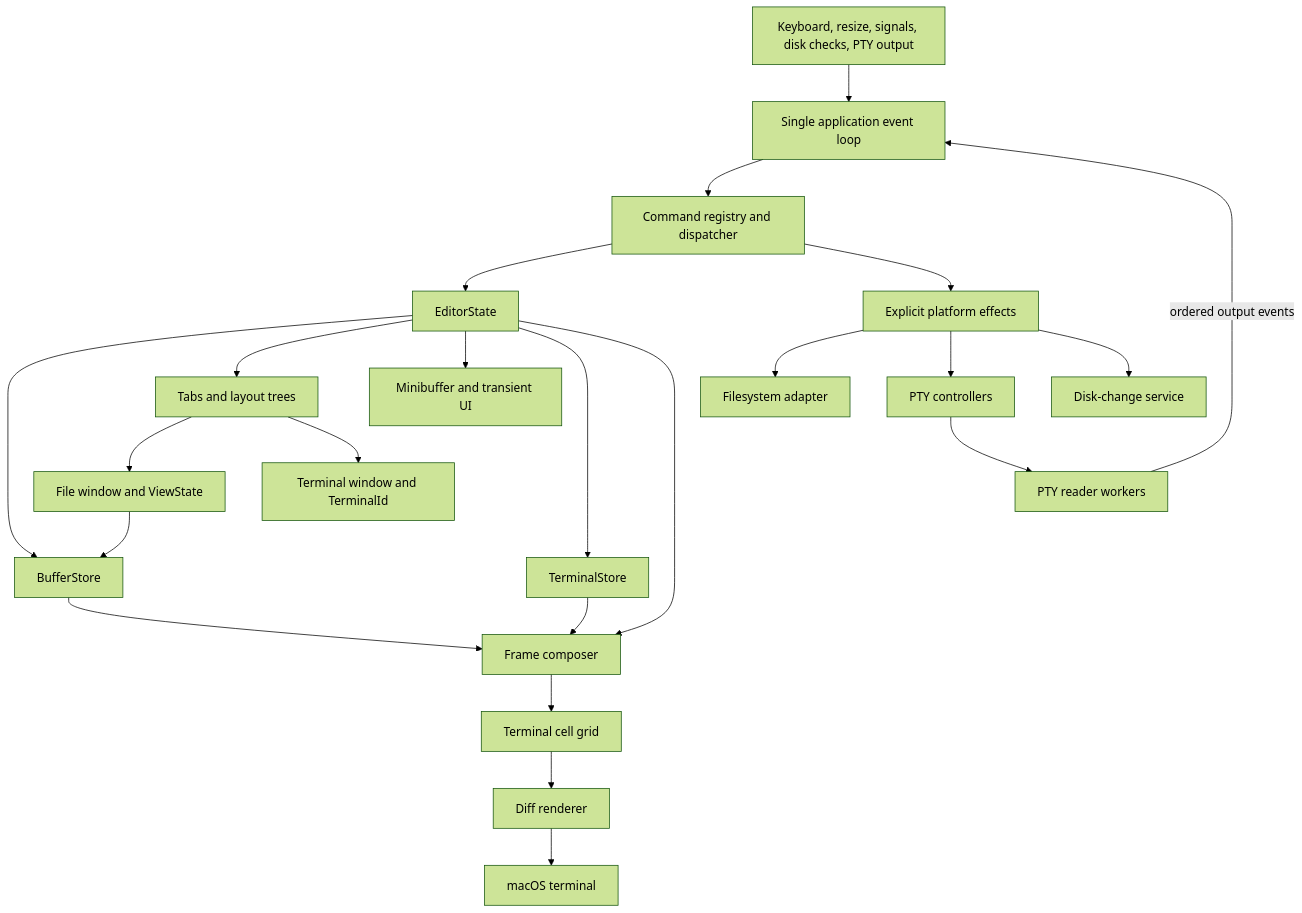
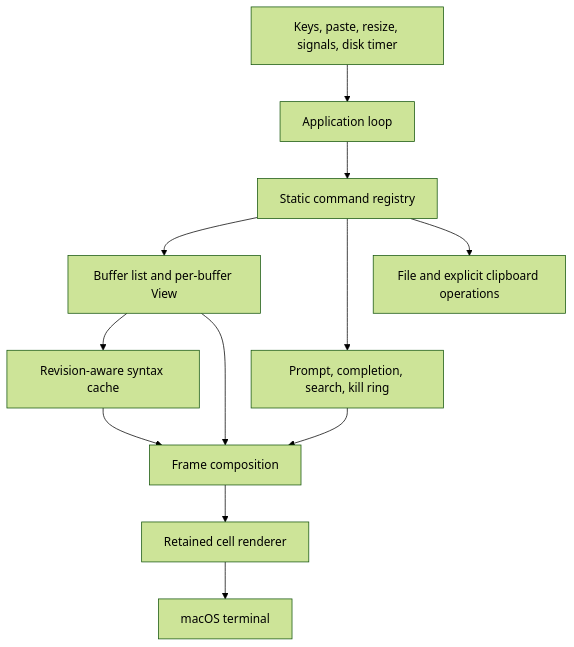
One commit to owainlewis/cortex changed the third of 3 diagrams in ARCHITECTURE.md. Above: the diagram before and after it, drawn with Mermaid (forest theme). The commit also changed other lines of this file and 2 other files, not shown here.

````diff
--- a/ARCHITECTURE.md
+++ b/ARCHITECTURE.md
@@ -264,25 +266,14 @@
 ```mermaid
 flowchart TD
-    Sources["Keyboard, resize, signals, disk checks, PTY output"] --> Loop["Single application event loop"]
-    Loop --> Dispatch["Command registry and dispatcher"]
-    Dispatch --> State["EditorState"]
-    Dispatch --> Effects["Explicit platform effects"]
-    State --> Buffers["BufferStore"]
-    State --> Tabs["Tabs and layout trees"]
-    State --> Mini["Minibuffer and transient UI"]
-    Tabs --> FileWindow["File window and ViewState"]
-    Tabs --> TerminalWindow["Terminal window and TerminalId"]
-    FileWindow --> Buffers
-    Effects --> Files["Filesystem adapter"]
-    Effects --> Pty["PTY controllers"]
-    Effects --> Disk["Disk-change service"]
-    PtyRead["PTY reader workers"] -->|"ordered output events"| Loop
-    Pty --> PtyRead
-    State --> Terminals["TerminalStore"]
-    State --> Compose["Frame composer"]
-    Buffers --> Compose
-    Terminals --> Compose
-    Compose --> Grid["Terminal cell grid"]
-    Grid --> Paint["Diff renderer"]
-    Paint --> Host["macOS terminal"]
+    Input["Keys, paste, resize, signals, disk timer"] --> Loop["Application loop"]
+    Loop --> Commands["Static command registry"]
+    Commands --> Editor["Buffer list and per-buffer View"]
+    Commands --> Prompt["Prompt, completion, search, kill ring"]
+    Commands --> Effects["File and explicit clipboard operations"]
+    Editor --> Syntax["Revision-aware syntax cache"]
+    Editor --> Frame["Frame composition"]
+    Prompt --> Frame
+    Syntax --> Frame
+    Frame --> Diff["Retained cell renderer"]
+    Diff --> Terminal["macOS terminal"]
 ```
````
